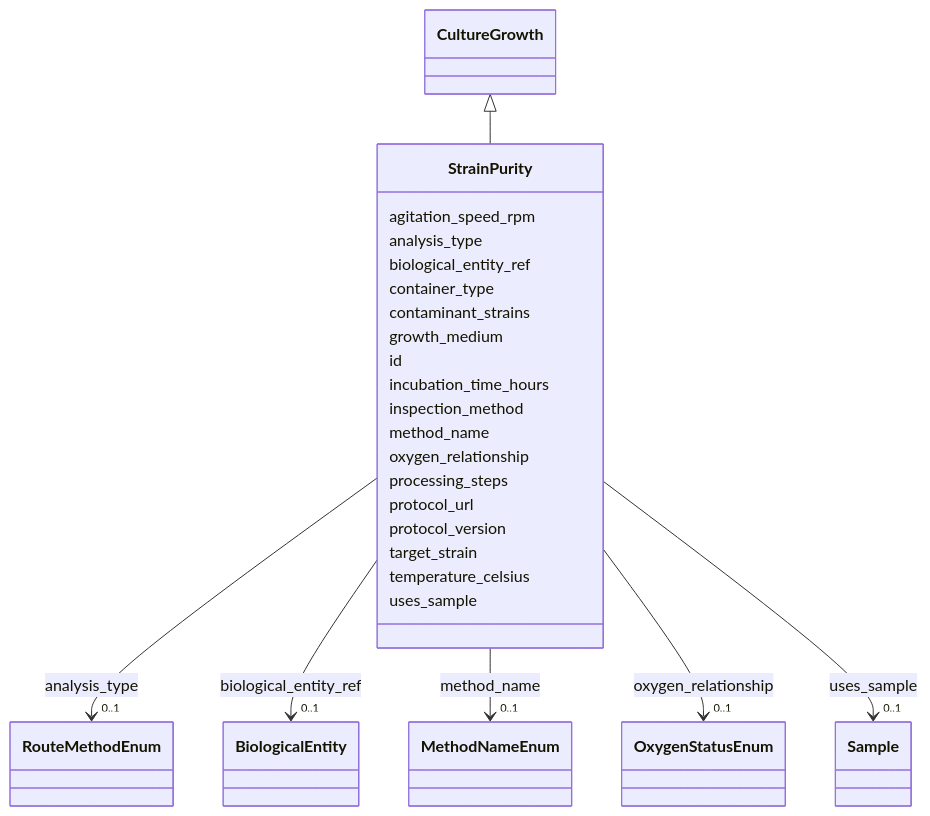
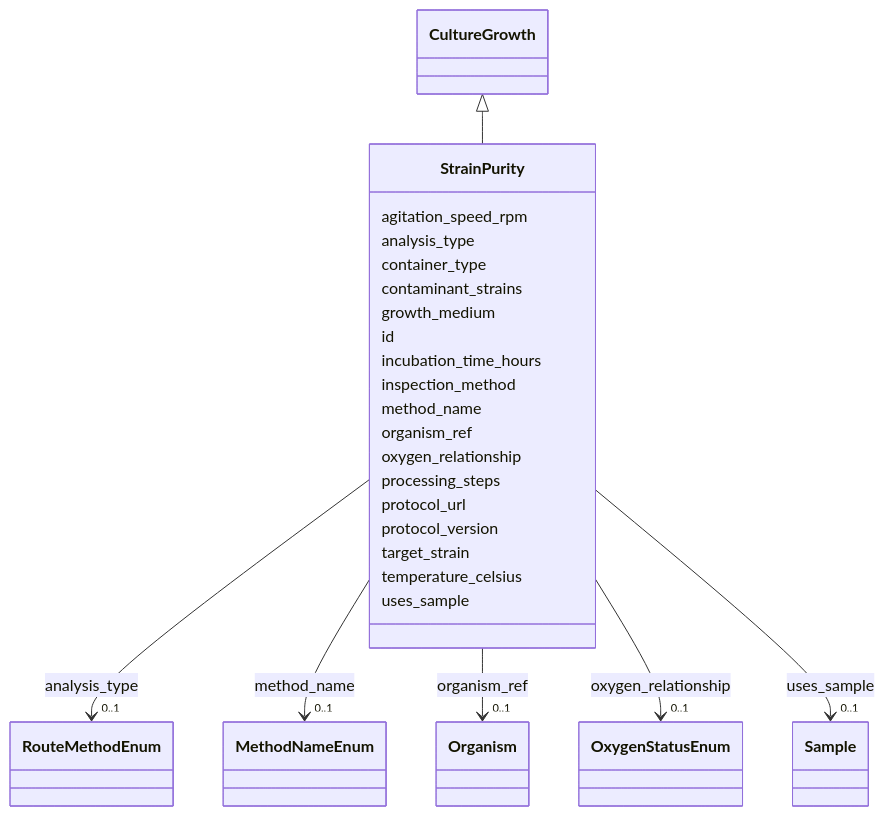
Before and after one commit to EMSL-Computing/BASALT-Schema: the diagram in docs/elements/StrainPurity.md, drawn with Mermaid. The commit also changed other lines of this file and 167 other files, not shown here.

Commit message:
refactor 'biological_entity' to 'organism' and regen visualizer, models, docs

```diff
--- a/docs/elements/StrainPurity.md
+++ b/docs/elements/StrainPurity.md
@@ -42,17 +42,6 @@
         
         StrainPurity --> "0..1" RouteMethodEnum : analysis_type
         click RouteMethodEnum href "../RouteMethodEnum/"
-    
-
-        
-      StrainPurity : biological_entity_ref
-        
-          
-    
-        
-        
-        StrainPurity --> "0..1" BiologicalEntity : biological_entity_ref
-        click BiologicalEntity href "../BiologicalEntity/"
     
 
         
@@ -76,6 +65,17 @@
         
         StrainPurity --> "0..1" MethodNameEnum : method_name
         click MethodNameEnum href "../MethodNameEnum/"
+    
+
+        
+      StrainPurity : organism_ref
+        
+          
+    
+        
+        
+        StrainPurity --> "0..1" Organism : organism_ref
+        click Organism href "../Organism/"
     
 
         
```
